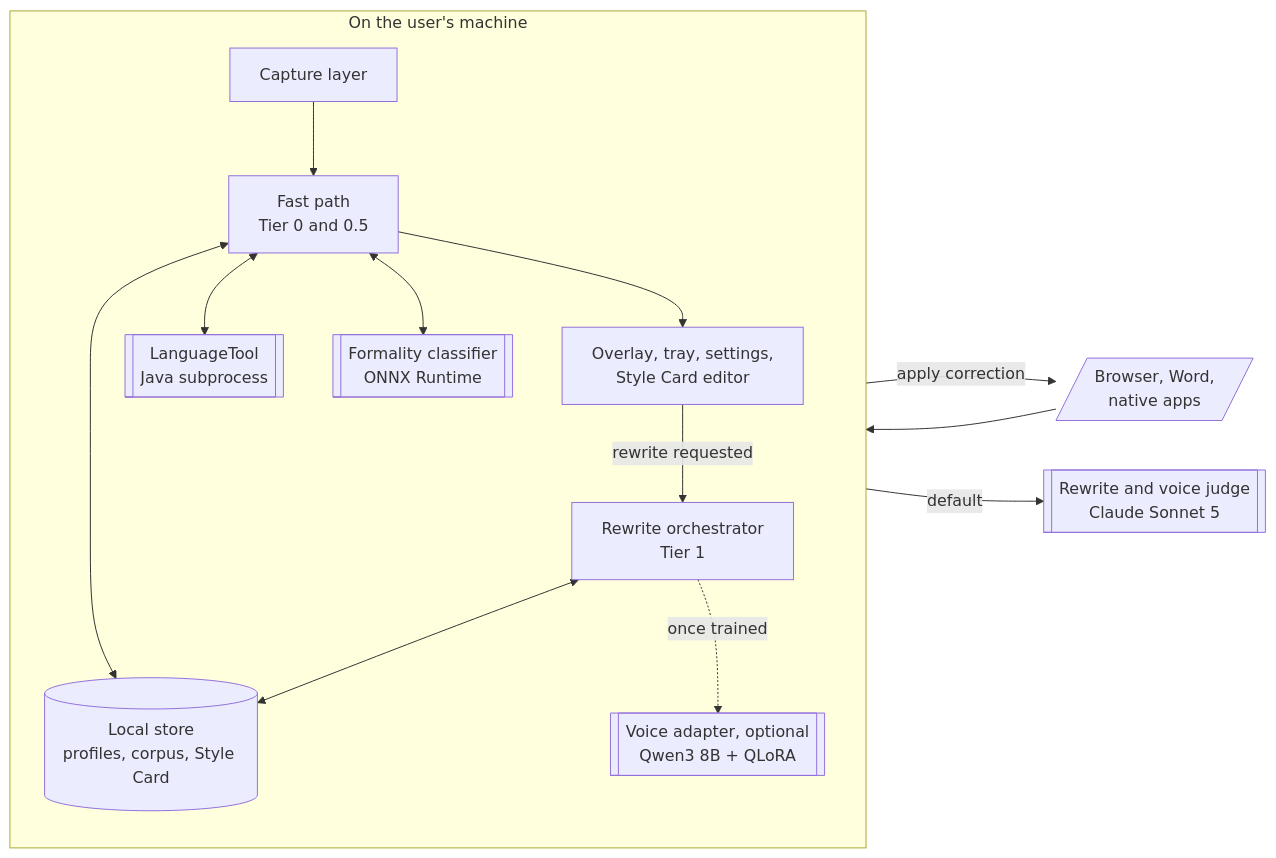
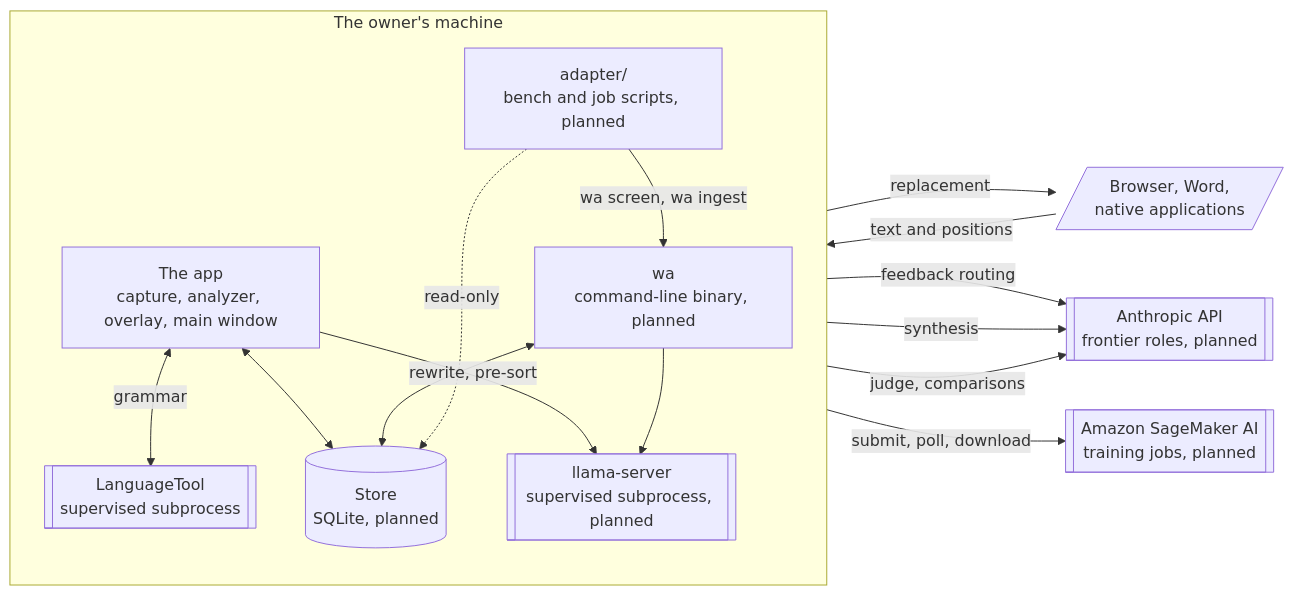
One commit to Bernice-Koh/writing-assistant changed the third of 3 diagrams in README.md. Above: the diagram before and after it, drawn with Mermaid. The commit also changed other lines of this file, not shown here.

Commit message:
docs: rewrite the README to the current design

````diff
--- a/README.md
+++ b/README.md
@@ -183,28 +360,31 @@
 ```mermaid
 flowchart LR
-    App[/"Browser, Word,<br/>native apps"/]
+    Apps[/"Browser, Word,<br/>native applications"/]
 
-    subgraph Device["On the user's machine"]
+    subgraph Machine["The owner's machine"]
         direction TB
-        Cap["Capture layer"]
-        Fast["Fast path<br/>Tier 0 and 0.5"]
-        Slow["Rewrite orchestrator<br/>Tier 1"]
-        UI["Overlay, tray, settings,<br/>Style Card editor"]
-        LT[["LanguageTool<br/>Java subprocess"]]
-        Enc[["Formality classifier<br/>ONNX Runtime"]]
-        Ada[["Voice adapter, optional<br/>Qwen3 8B + QLoRA"]]
-        Store[("Local store<br/>profiles, corpus, Style Card")]
+        App["The app<br/>capture, analyzer, overlay, main window"]
+        LT[["LanguageTool<br/>supervised subprocess"]]
+        Store[("Store<br/>SQLite, planned")]
+        LS[["llama-server<br/>supervised subprocess, planned"]]
+        WA["wa<br/>command-line binary, planned"]
+        Py["adapter/<br/>bench and job scripts, planned"]
     end
 
-    Cloud[["Rewrite and voice judge<br/>Claude Sonnet 5"]]
+    Api[["Anthropic API<br/>frontier roles, planned"]]
+    Sage[["Amazon SageMaker AI<br/>training jobs, planned"]]
 
-    App --> Cap --> Fast --> UI
-    UI -->|"apply correction"| App
-    Fast <--> LT
-    Fast <--> Store
-    Fast <--> Enc
-    UI -->|"rewrite requested"| Slow
-    Slow <--> Store
-    Slow -->|"default"| Cloud
-    Slow -.->|"once trained"| Ada
+    Apps -->|"text and positions"| App
+    App -->|"replacement"| Apps
+    App <-->|"grammar"| LT
+    App <--> Store
+    App -->|"rewrite, pre-sort"| LS
+    WA <--> Store
+    WA --> LS
+    Py -->|"wa screen, wa ingest"| WA
+    Py -.->|"read-only"| Store
+    App -->|"feedback routing"| Api
+    WA -->|"synthesis"| Api
+    Py -->|"judge, comparisons"| Api
+    Py -->|"submit, poll, download"| Sage
 ```
````
